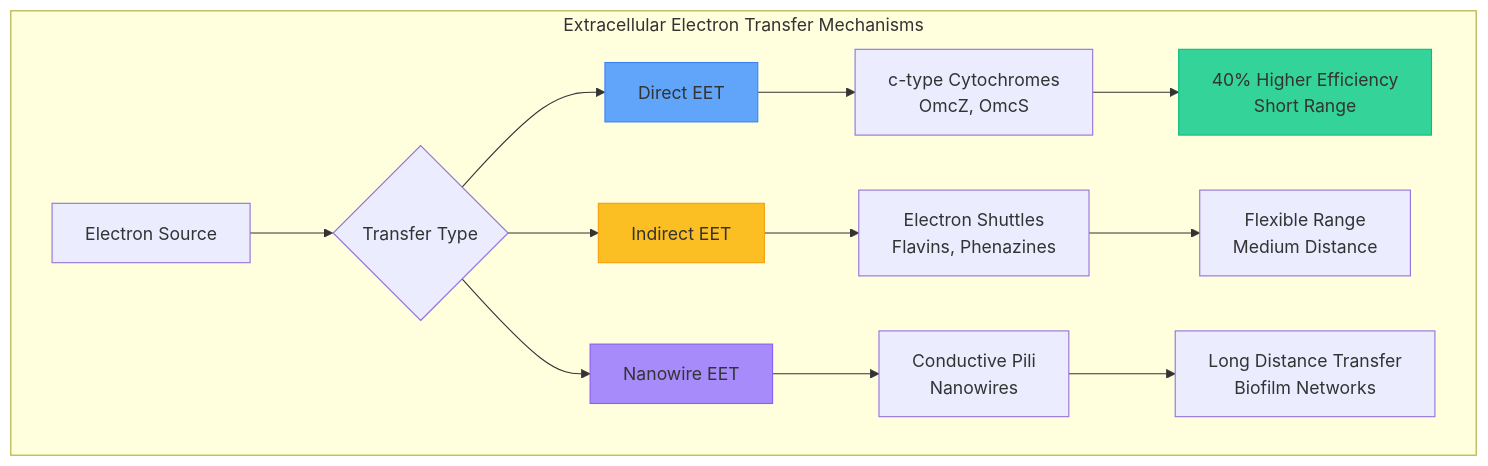
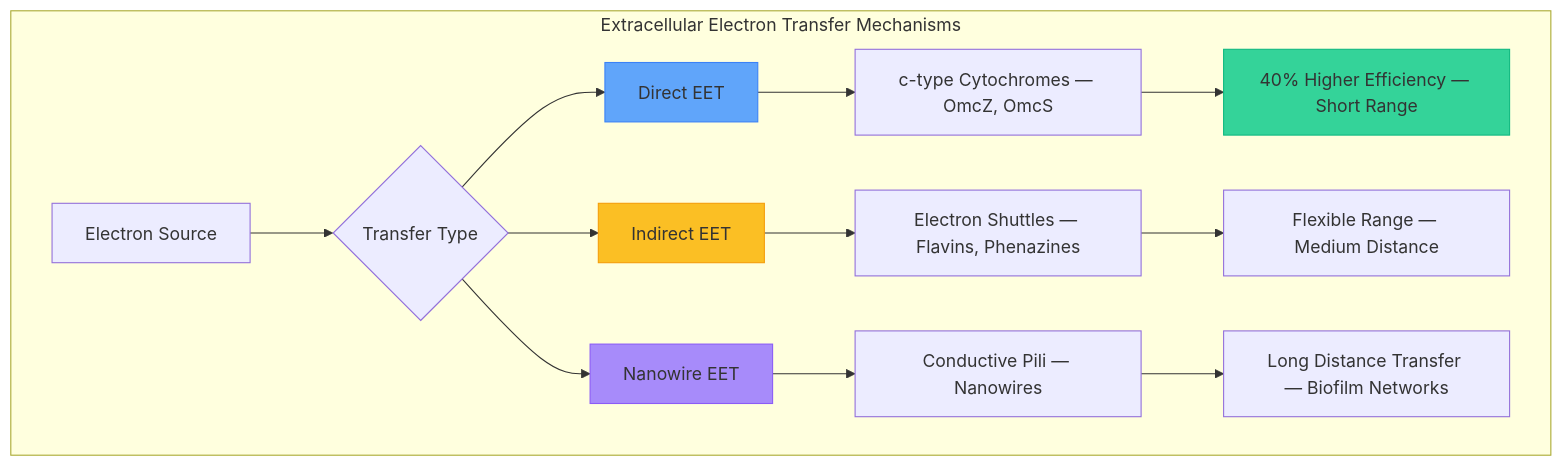
Before and after one commit to anshsharmacse/JanrakshakAI: the tenth of 14 diagrams in README.md, drawn with Mermaid. The commit also changed other lines of this file, not shown here.

````diff
--- a/README.md
+++ b/README.md
@@ -460,23 +442,23 @@
 ```mermaid
 graph TB
     subgraph EET["Extracellular Electron Transfer Mechanisms"]
         A[Electron Source] --> B{Transfer Type}
-        
+
         B --> C[Direct EET]
         B --> D[Indirect EET]
         B --> E[Nanowire EET]
-        
-        C --> F[c-type Cytochromes<br/>OmcZ, OmcS]
-        D --> G[Electron Shuttles<br/>Flavins, Phenazines]
-        E --> H[Conductive Pili<br/>Nanowires]
-        
-        F --> I[40% Higher Efficiency<br/>Short Range]
-        G --> J[Flexible Range<br/>Medium Distance]
-        H --> K[Long Distance Transfer<br/>Biofilm Networks]
+
+        C --> F["c-type Cytochromes — OmcZ, OmcS"]
+        D --> G["Electron Shuttles — Flavins, Phenazines"]
+        E --> H["Conductive Pili — Nanowires"]
+
+        F --> I["40% Higher Efficiency — Short Range"]
+        G --> J["Flexible Range — Medium Distance"]
+        H --> K["Long Distance Transfer — Biofilm Networks"]
     end
-    
+
     style I fill:#34d399,stroke:#10b981
     style C fill:#60a5fa,stroke:#3b82f6
     style D fill:#fbbf24,stroke:#f59e0b
     style E fill:#a78bfa,stroke:#8b5cf6
 ```
````
